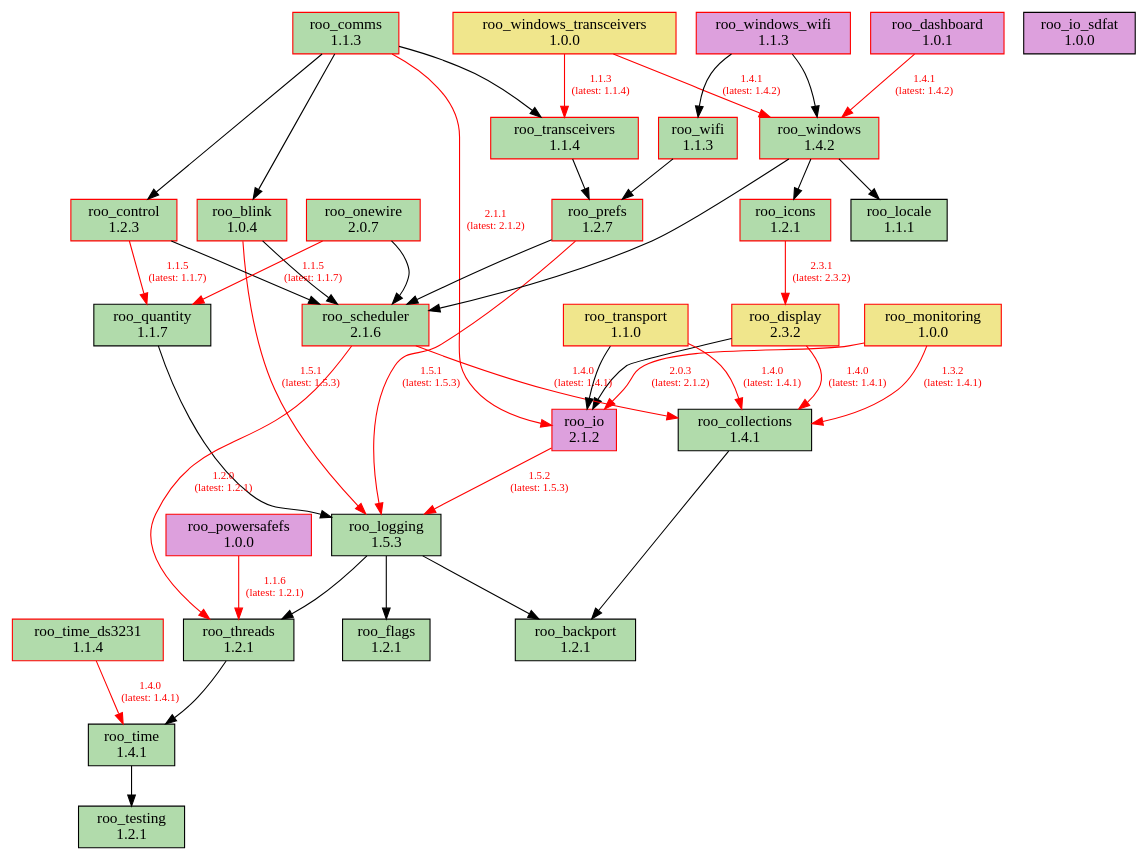
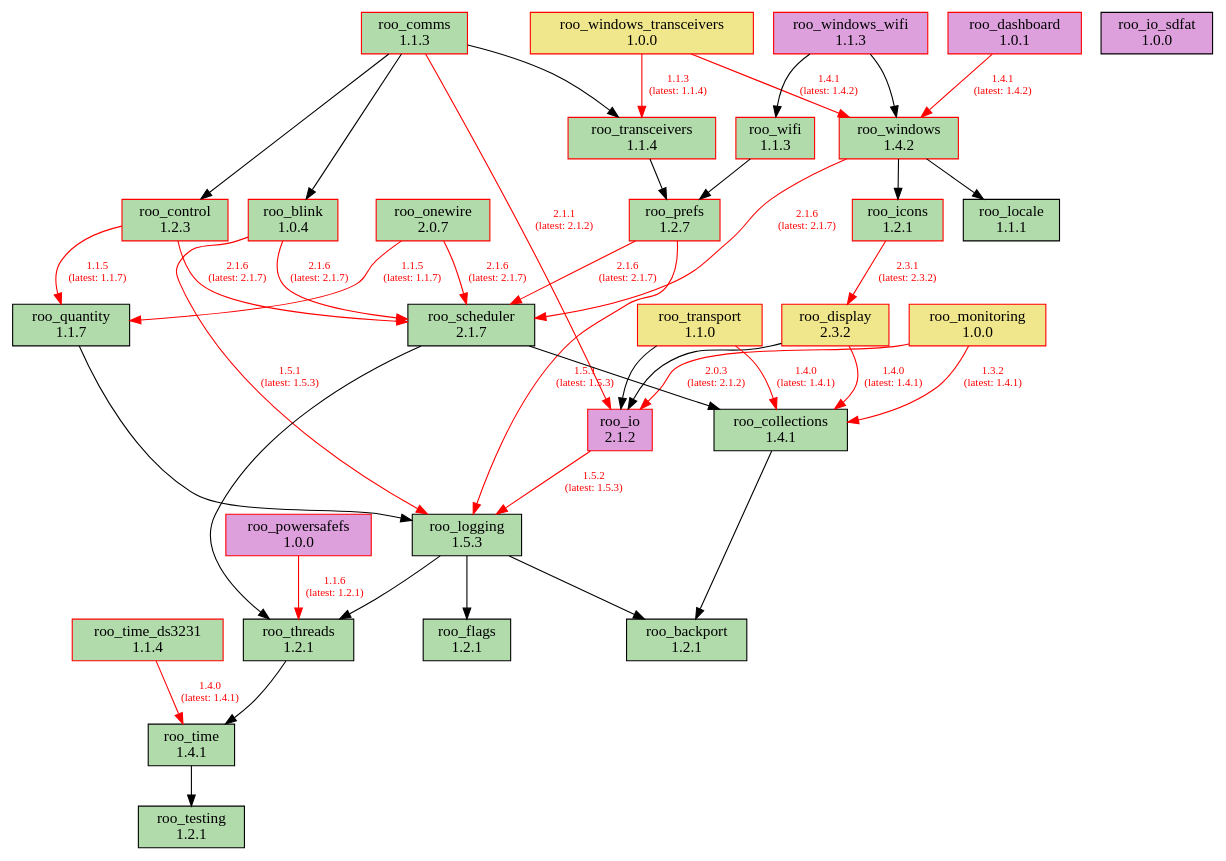
The diagram in doc/dependencies.dot (dejwk/roo-registry), drawn with Graphviz before and after one commit. The commit also changed 3 other files, not shown here.

Commit message:
Added roo_scheduler 2.1.7 to the registry.

```diff
--- a/doc/dependencies.dot
+++ b/doc/dependencies.dot
@@ -1,79 +1,79 @@
 digraph dependencies {
     rankdir=TB;
     node [shape=box, style=filled];
     edge [fontsize=10];
 
     // Modules
     "roo_backport" [label="roo_backport\n1.2.1", fillcolor="#b1dbab", color="black"];
     "roo_blink" [label="roo_blink\n1.0.4", fillcolor="#b1dbab", color="red"];
     "roo_collections" [label="roo_collections\n1.4.1", fillcolor="#b1dbab", color="black"];
     "roo_comms" [label="roo_comms\n1.1.3", fillcolor="#b1dbab", color="red"];
     "roo_control" [label="roo_control\n1.2.3", fillcolor="#b1dbab", color="red"];
     "roo_dashboard" [label="roo_dashboard\n1.0.1", fillcolor="plum", color="red"];
     "roo_display" [label="roo_display\n2.3.2", fillcolor="khaki", color="red"];
     "roo_flags" [label="roo_flags\n1.2.1", fillcolor="#b1dbab", color="black"];
     "roo_icons" [label="roo_icons\n1.2.1", fillcolor="#b1dbab", color="red"];
     "roo_io" [label="roo_io\n2.1.2", fillcolor="plum", color="red"];
     "roo_io_sdfat" [label="roo_io_sdfat\n1.0.0", fillcolor="plum", color="black"];
     "roo_locale" [label="roo_locale\n1.1.1", fillcolor="#b1dbab", color="black"];
     "roo_logging" [label="roo_logging\n1.5.3", fillcolor="#b1dbab", color="black"];
     "roo_monitoring" [label="roo_monitoring\n1.0.0", fillcolor="khaki", color="red"];
     "roo_onewire" [label="roo_onewire\n2.0.7", fillcolor="#b1dbab", color="red"];
     "roo_powersafefs" [label="roo_powersafefs\n1.0.0", fillcolor="plum", color="red"];
     "roo_prefs" [label="roo_prefs\n1.2.7", fillcolor="#b1dbab", color="red"];
     "roo_quantity" [label="roo_quantity\n1.1.7", fillcolor="#b1dbab", color="black"];
-    "roo_scheduler" [label="roo_scheduler\n2.1.6", fillcolor="#b1dbab", color="red"];
+    "roo_scheduler" [label="roo_scheduler\n2.1.7", fillcolor="#b1dbab", color="black"];
     "roo_testing" [label="roo_testing\n1.2.1", fillcolor="#b1dbab", color="black"];
     "roo_threads" [label="roo_threads\n1.2.1", fillcolor="#b1dbab", color="black"];
     "roo_time" [label="roo_time\n1.4.1", fillcolor="#b1dbab", color="black"];
     "roo_time_ds3231" [label="roo_time_ds3231\n1.1.4", fillcolor="#b1dbab", color="red"];
     "roo_transceivers" [label="roo_transceivers\n1.1.4", fillcolor="#b1dbab", color="red"];
     "roo_transport" [label="roo_transport\n1.1.0", fillcolor="khaki", color="red"];
     "roo_wifi" [label="roo_wifi\n1.1.3", fillcolor="#b1dbab", color="red"];
     "roo_windows" [label="roo_windows\n1.4.2", fillcolor="#b1dbab", color="red"];
     "roo_windows_transceivers" [label="roo_windows_transceivers\n1.0.0", fillcolor="khaki", color="red"];
     "roo_windows_wifi" [label="roo_windows_wifi\n1.1.3", fillcolor="plum", color="red"];
 
     // Dependencies
     "roo_blink" -> "roo_logging" [color=red, fontcolor=red, label="1.5.1\n(latest: 1.5.3)"];
-    "roo_blink" -> "roo_scheduler";
+    "roo_blink" -> "roo_scheduler" [color=red, fontcolor=red, label="2.1.6\n(latest: 2.1.7)"];
     "roo_collections" -> "roo_backport";
     "roo_comms" -> "roo_blink";
     "roo_comms" -> "roo_control";
     "roo_comms" -> "roo_io" [color=red, fontcolor=red, label="2.1.1\n(latest: 2.1.2)"];
     "roo_comms" -> "roo_transceivers";
     "roo_control" -> "roo_quantity" [color=red, fontcolor=red, label="1.1.5\n(latest: 1.1.7)"];
-    "roo_control" -> "roo_scheduler";
+    "roo_control" -> "roo_scheduler" [color=red, fontcolor=red, label="2.1.6\n(latest: 2.1.7)"];
     "roo_dashboard" -> "roo_windows" [color=red, fontcolor=red, label="1.4.1\n(latest: 1.4.2)"];
     "roo_display" -> "roo_collections" [color=red, fontcolor=red, label="1.4.0\n(latest: 1.4.1)"];
     "roo_display" -> "roo_io";
     "roo_icons" -> "roo_display" [color=red, fontcolor=red, label="2.3.1\n(latest: 2.3.2)"];
     "roo_io" -> "roo_logging" [color=red, fontcolor=red, label="1.5.2\n(latest: 1.5.3)"];
     "roo_logging" -> "roo_backport";
     "roo_logging" -> "roo_flags";
     "roo_logging" -> "roo_threads";
     "roo_monitoring" -> "roo_collections" [color=red, fontcolor=red, label="1.3.2\n(latest: 1.4.1)"];
     "roo_monitoring" -> "roo_io" [color=red, fontcolor=red, label="2.0.3\n(latest: 2.1.2)"];
-    "roo_onewire" -> "roo_scheduler";
+    "roo_onewire" -> "roo_scheduler" [color=red, fontcolor=red, label="2.1.6\n(latest: 2.1.7)"];
     "roo_onewire" -> "roo_quantity" [color=red, fontcolor=red, label="1.1.5\n(latest: 1.1.7)"];
     "roo_powersafefs" -> "roo_threads" [color=red, fontcolor=red, label="1.1.6\n(latest: 1.2.1)"];
     "roo_prefs" -> "roo_logging" [color=red, fontcolor=red, label="1.5.1\n(latest: 1.5.3)"];
-    "roo_prefs" -> "roo_scheduler";
+    "roo_prefs" -> "roo_scheduler" [color=red, fontcolor=red, label="2.1.6\n(latest: 2.1.7)"];
     "roo_quantity" -> "roo_logging";
-    "roo_scheduler" -> "roo_collections" [color=red, fontcolor=red, label="1.4.0\n(latest: 1.4.1)"];
-    "roo_scheduler" -> "roo_threads" [color=red, fontcolor=red, label="1.2.0\n(latest: 1.2.1)"];
+    "roo_scheduler" -> "roo_collections";
+    "roo_scheduler" -> "roo_threads";
     "roo_threads" -> "roo_time";
     "roo_time" -> "roo_testing";
     "roo_time_ds3231" -> "roo_time" [color=red, fontcolor=red, label="1.4.0\n(latest: 1.4.1)"];
     "roo_transceivers" -> "roo_prefs";
     "roo_transport" -> "roo_collections" [color=red, fontcolor=red, label="1.4.0\n(latest: 1.4.1)"];
     "roo_transport" -> "roo_io";
     "roo_wifi" -> "roo_prefs";
     "roo_windows" -> "roo_locale";
     "roo_windows" -> "roo_icons";
-    "roo_windows" -> "roo_scheduler";
+    "roo_windows" -> "roo_scheduler" [color=red, fontcolor=red, label="2.1.6\n(latest: 2.1.7)"];
     "roo_windows_transceivers" -> "roo_transceivers" [color=red, fontcolor=red, label="1.1.3\n(latest: 1.1.4)"];
     "roo_windows_transceivers" -> "roo_windows" [color=red, fontcolor=red, label="1.4.1\n(latest: 1.4.2)"];
     "roo_windows_wifi" -> "roo_wifi";
     "roo_windows_wifi" -> "roo_windows";
 }
```
